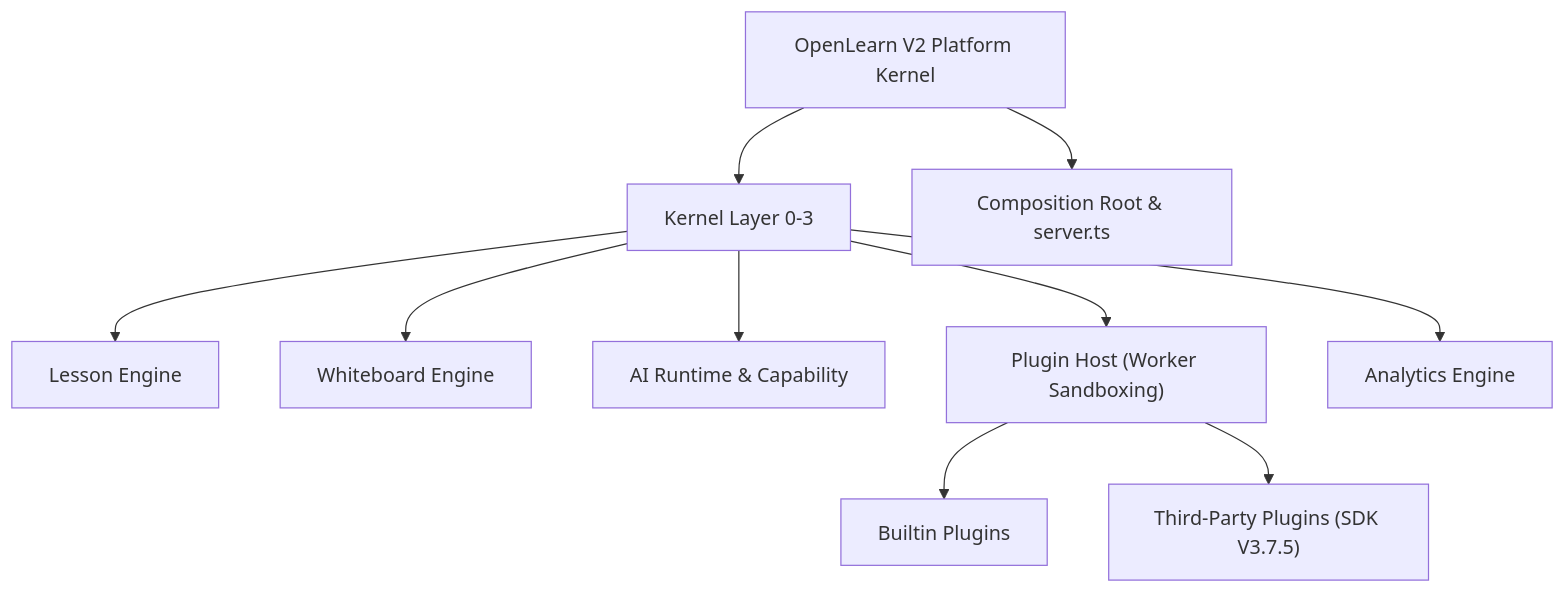
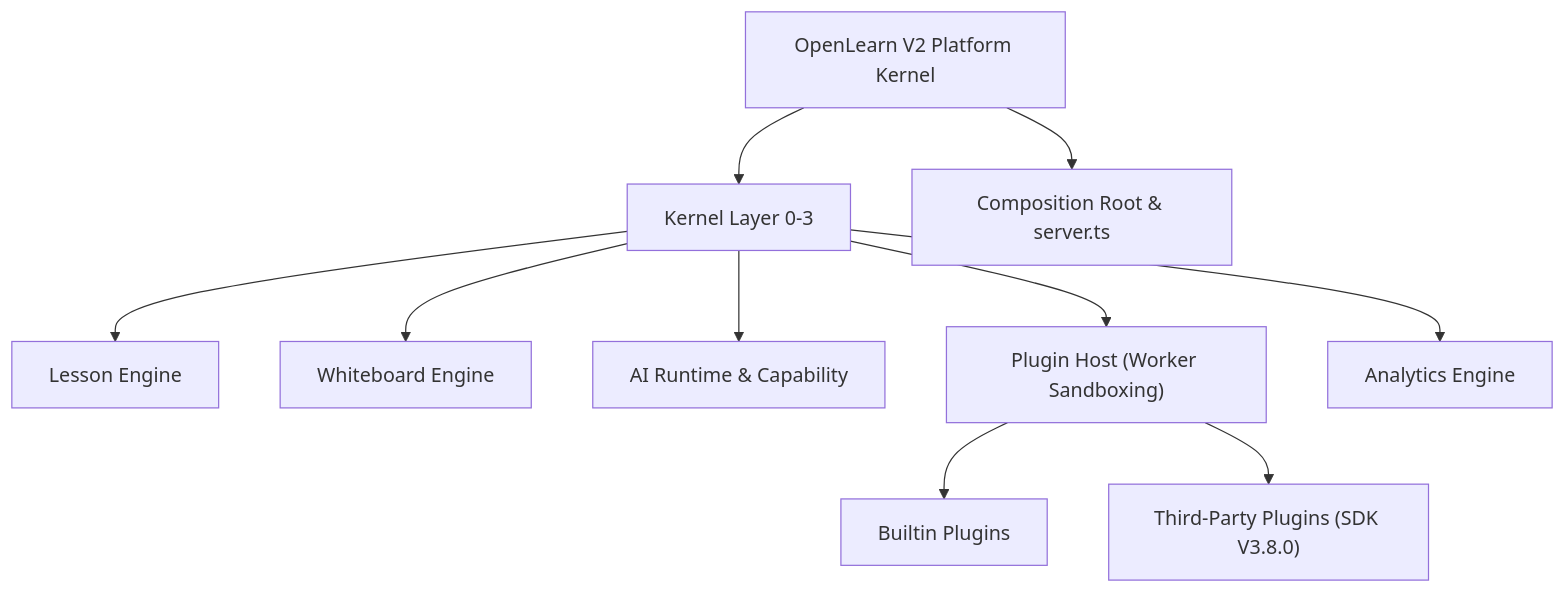
Before and after one commit to aymwoo/OpenLearn-Next-V2: the diagram in docs/getting-started/overview.md, drawn with Mermaid. The commit also changed 48 other files, not shown here.

````diff
--- a/docs/getting-started/overview.md
+++ b/docs/getting-started/overview.md
@@ -65,14 +65,14 @@
 ```mermaid
 graph TD
     A["OpenLearn V2 Platform Kernel"] --> B["Kernel Layer 0-3"]
     A --> C["Composition Root & server.ts"]
 
     B --> D["Lesson Engine"]
     B --> E["Whiteboard Engine"]
     B --> F["AI Runtime & Capability"]
     B --> G["Plugin Host (Worker Sandboxing)"]
     B --> H["Analytics Engine"]
 
     G --> I["Builtin Plugins"]
-    G --> J["Third-Party Plugins (SDK V3.7.5)"]
+    G --> J["Third-Party Plugins (SDK V3.8.0)"]
 ```
````
